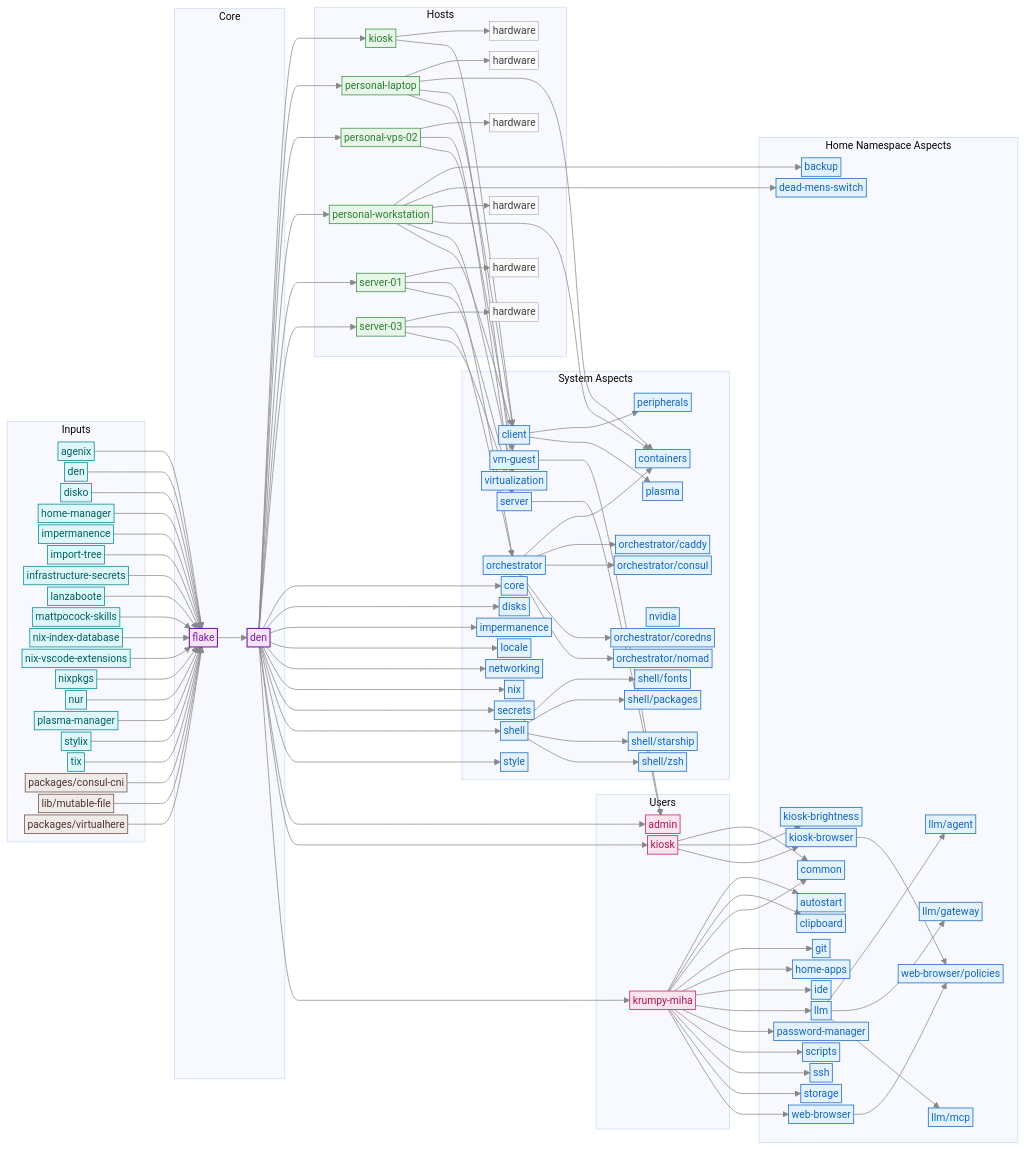
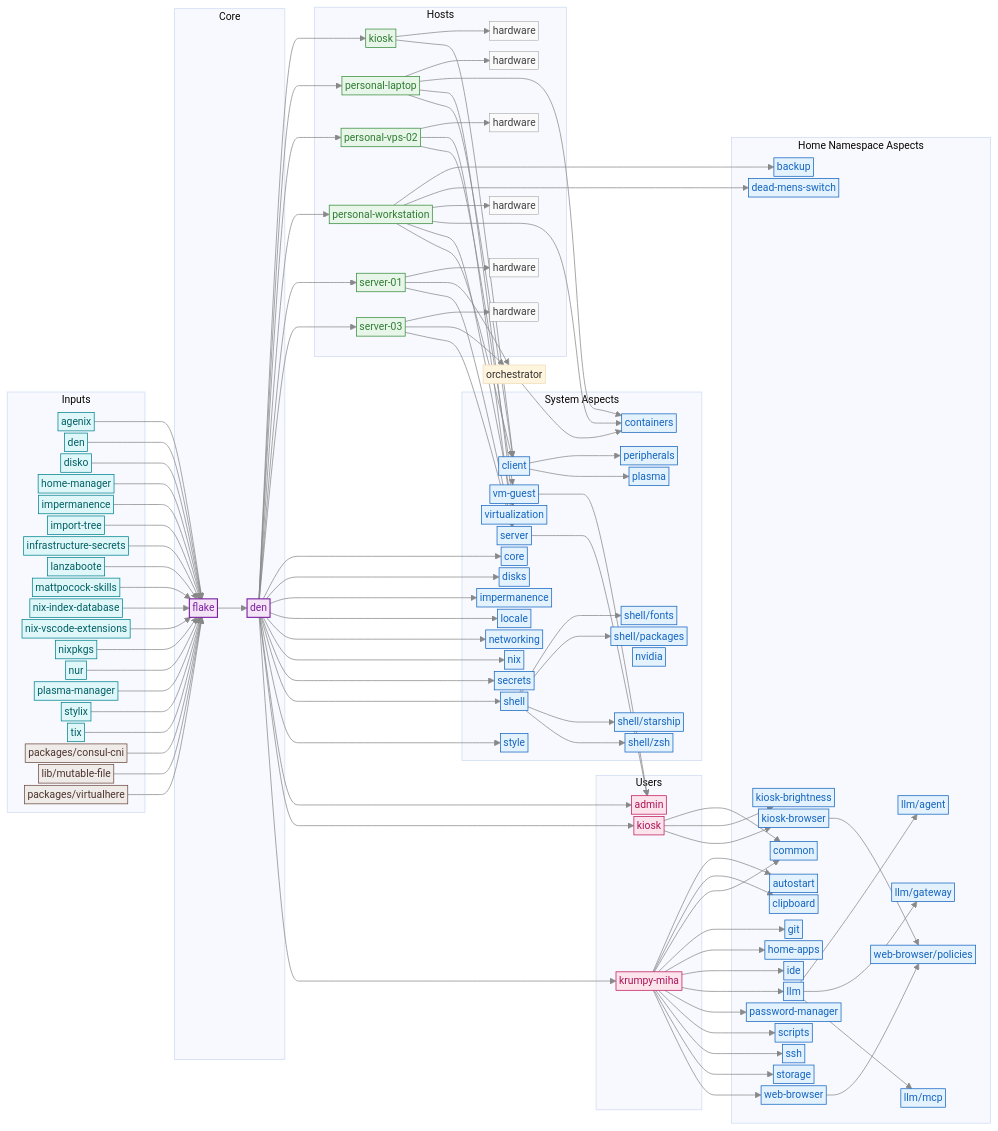
Before and after one commit to mihakrumpestar/infrastructure: the diagram in README.md, drawn with Mermaid. The commit also changed other lines of this file and 4 other files, not shown here.

```diff
--- a/README.md
+++ b/README.md
@@ -214,11 +214,6 @@
         sys_style["style"]:::aspect
         opt_containers["containers"]:::aspect
         opt_nvidia["nvidia"]:::aspect
-        opt_orchestrator_caddy["orchestrator/caddy"]:::aspect
-        opt_orchestrator_consul["orchestrator/consul"]:::aspect
-        opt_orchestrator_coredns["orchestrator/coredns"]:::aspect
-        opt_orchestrator_nomad["orchestrator/nomad"]:::aspect
-        opt_orchestrator["orchestrator"]:::aspect
         opt_peripherals["peripherals"]:::aspect
         opt_plasma["plasma"]:::aspect
         opt_virtualization["virtualization"]:::aspect
@@ -312,10 +307,10 @@
     host_personal_workstation --> opt_virtualization
     host_personal_workstation --> type_client
     host_server_01 --> host_server_01_hardware
-    host_server_01 --> opt_orchestrator
+    host_server_01 --> orchestrator
     host_server_01 --> type_server
     host_server_03 --> host_server_03_hardware
-    host_server_03 --> opt_orchestrator
+    host_server_03 --> orchestrator
     host_server_03 --> type_server
     input_agenix --> flake
     input_den --> flake
@@ -336,11 +331,7 @@
     local_consul_cni --> flake
     local_mutable_file --> flake
     local_virtualhere --> flake
-    opt_orchestrator --> opt_containers
-    opt_orchestrator --> opt_orchestrator_caddy
-    opt_orchestrator --> opt_orchestrator_consul
-    opt_orchestrator --> opt_orchestrator_coredns
-    opt_orchestrator --> opt_orchestrator_nomad
+    orchestrator --> opt_containers
     sys_shell --> sys_shell_fonts
     sys_shell --> sys_shell_packages
     sys_shell --> sys_shell_starship
```
